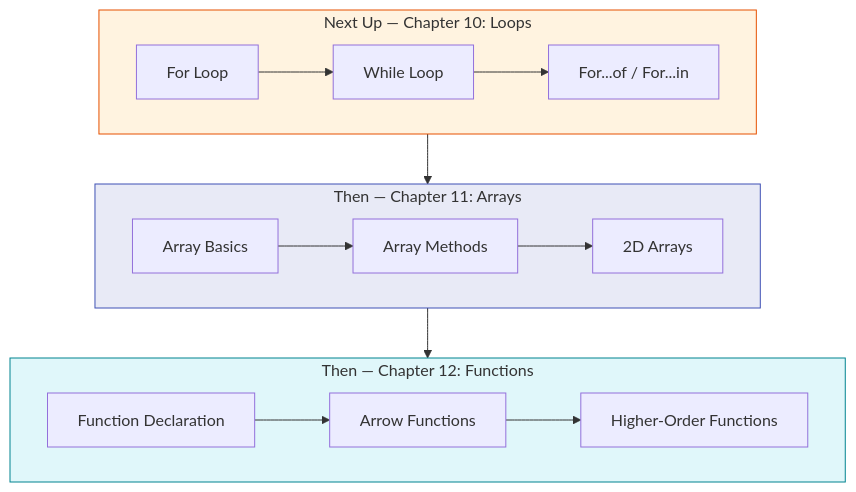
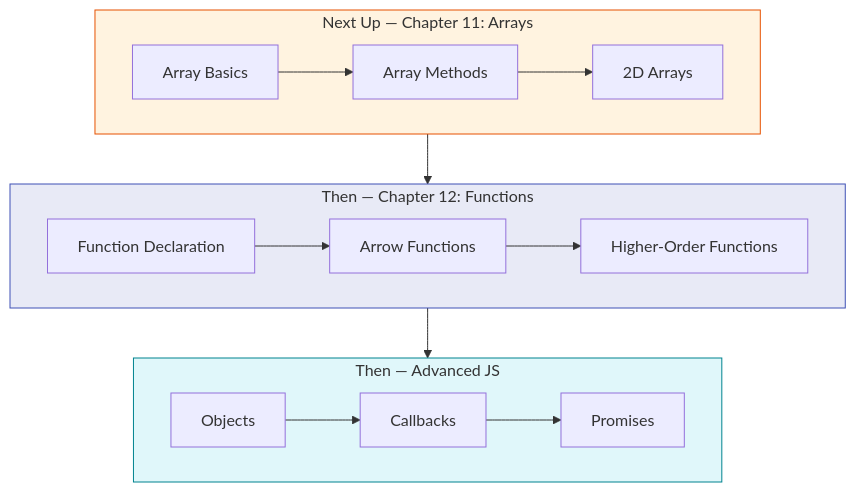
Before and after one commit to HBSahoo/LearnPlaywrightBatch2x: the fifth of 7 diagrams in README.md, drawn with Mermaid. The commit also changed other lines of this file and 14 other files, not shown here.

````diff
--- a/README.md
+++ b/README.md
@@ -625,23 +683,23 @@
 ```mermaid
 graph TD
-    subgraph next["Next Up — Chapter 10: Loops"]
-        N1[For Loop] --> N2[While Loop]
-        N2 --> N3[For...of / For...in]
+    subgraph next["Next Up — Chapter 11: Arrays"]
+        N1[Array Basics] --> N2[Array Methods]
+        N2 --> N3[2D Arrays]
     end
 
-    subgraph then["Then — Chapter 11: Arrays"]
-        T1[Array Basics] --> T2[Array Methods]
-        T2 --> T3[2D Arrays]
+    subgraph then["Then — Chapter 12: Functions"]
+        T1[Function Declaration] --> T2[Arrow Functions]
+        T2 --> T3[Higher-Order Functions]
     end
 
-    subgraph then2["Then — Chapter 12: Functions"]
-        F1[Function Declaration] --> F2[Arrow Functions]
-        F2 --> F3[Higher-Order Functions]
+    subgraph then2["Then — Advanced JS"]
+        F1[Objects] --> F2[Callbacks]
+        F2 --> F3[Promises]
     end
 
     next --> then --> then2
 
     style next fill:#fff3e0,stroke:#e65100
     style then fill:#e8eaf6,stroke:#3f51b5
     style then2 fill:#e0f7fa,stroke:#00838f
 ```
````
